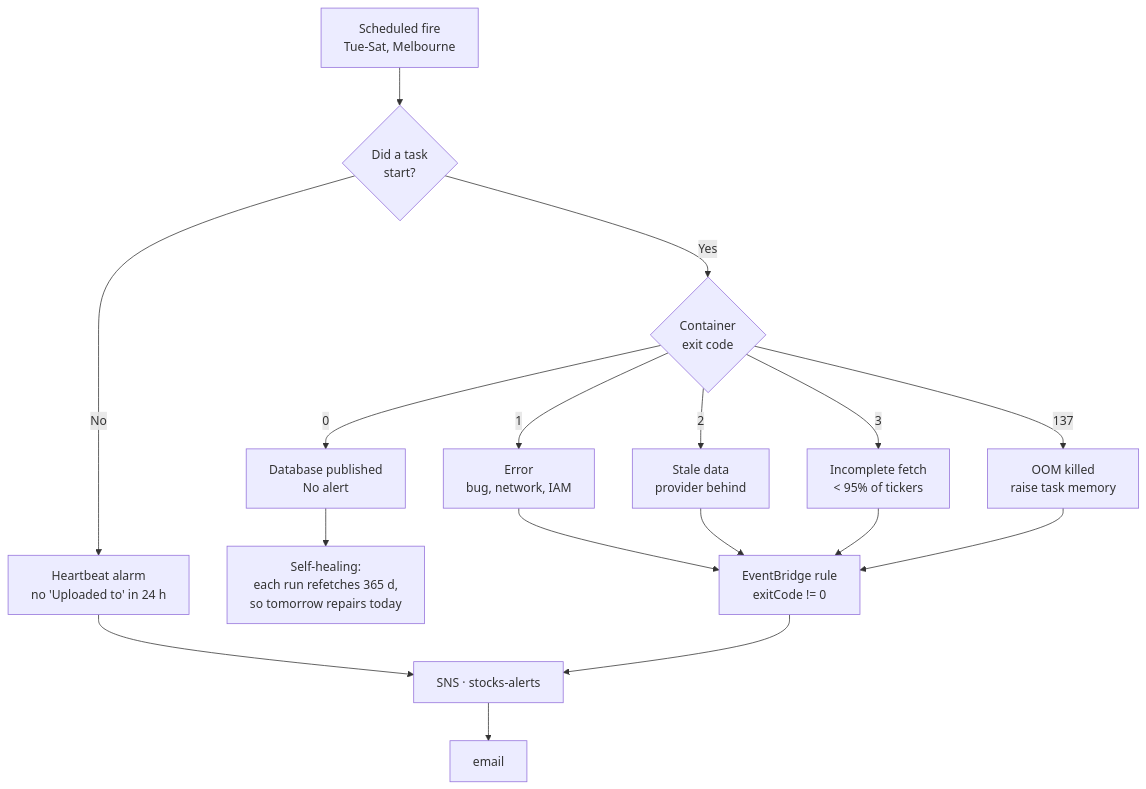
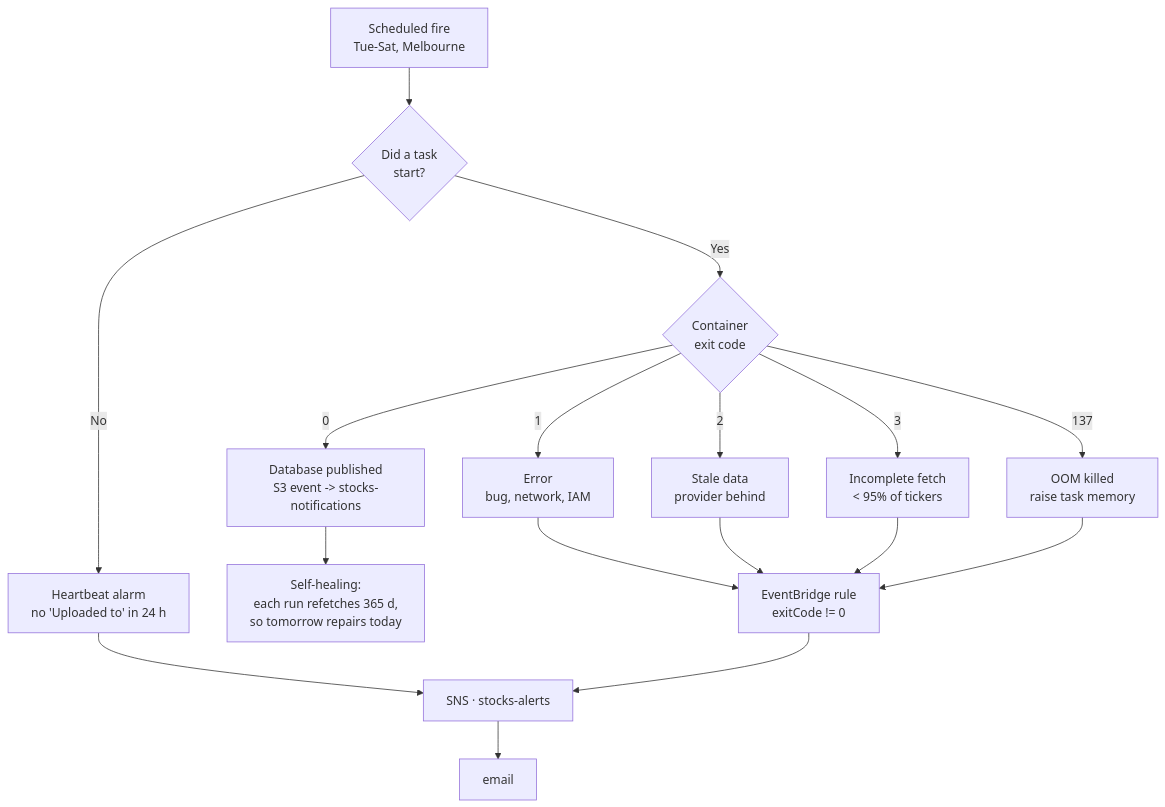
One commit to ryandam9/Stocks changed the fourth of 5 diagrams in docs/AWS_DEPLOYMENT_SPEC.md. Above: the diagram before and after it, drawn with Mermaid. The commit also changed other lines of this file and 7 other files, not shown here.

````diff
--- a/docs/AWS_DEPLOYMENT_SPEC.md
+++ b/docs/AWS_DEPLOYMENT_SPEC.md
@@ -504,20 +504,20 @@
 ```mermaid
 flowchart TD
     START["Scheduled fire<br/>Tue-Sat, Melbourne"] --> RAN{"Did a task<br/>start?"}
 
     RAN -->|No| H["Heartbeat alarm<br/>no 'Uploaded to' in 24 h"]
     RAN -->|Yes| EXIT{"Container<br/>exit code"}
 
-    EXIT -->|0| OK["Database published<br/>No alert"]
+    EXIT -->|0| OK["Database published<br/>S3 event -> stocks-notifications"]
     EXIT -->|1| E1["Error<br/>bug, network, IAM"]
     EXIT -->|2| E2["Stale data<br/>provider behind"]
     EXIT -->|3| E3["Incomplete fetch<br/>< 95% of tickers"]
     EXIT -->|137| E4["OOM killed<br/>raise task memory"]
 
     E1 & E2 & E3 & E4 --> RULE["EventBridge rule<br/>exitCode != 0"]
     RULE --> SNS["SNS · stocks-alerts"]
     H --> SNS
     SNS --> MAIL["email"]
 
     OK --> NOTE["Self-healing:<br/>each run refetches 365 d,<br/>so tomorrow repairs today"]
 ```
````
